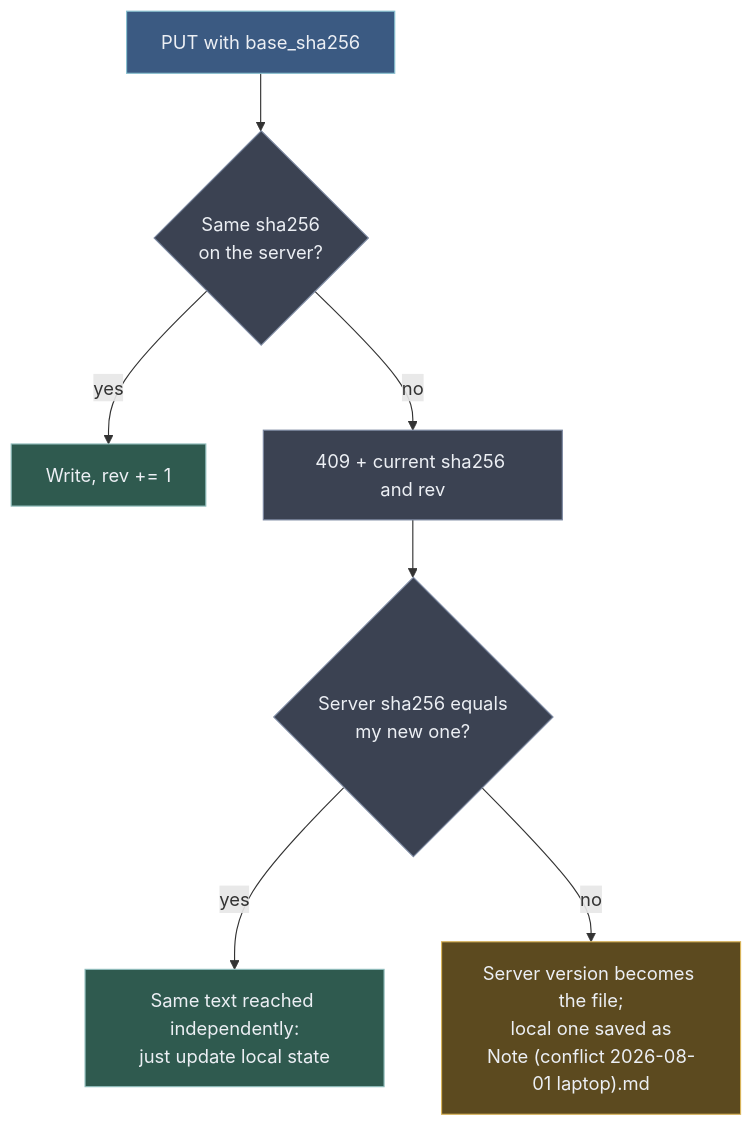
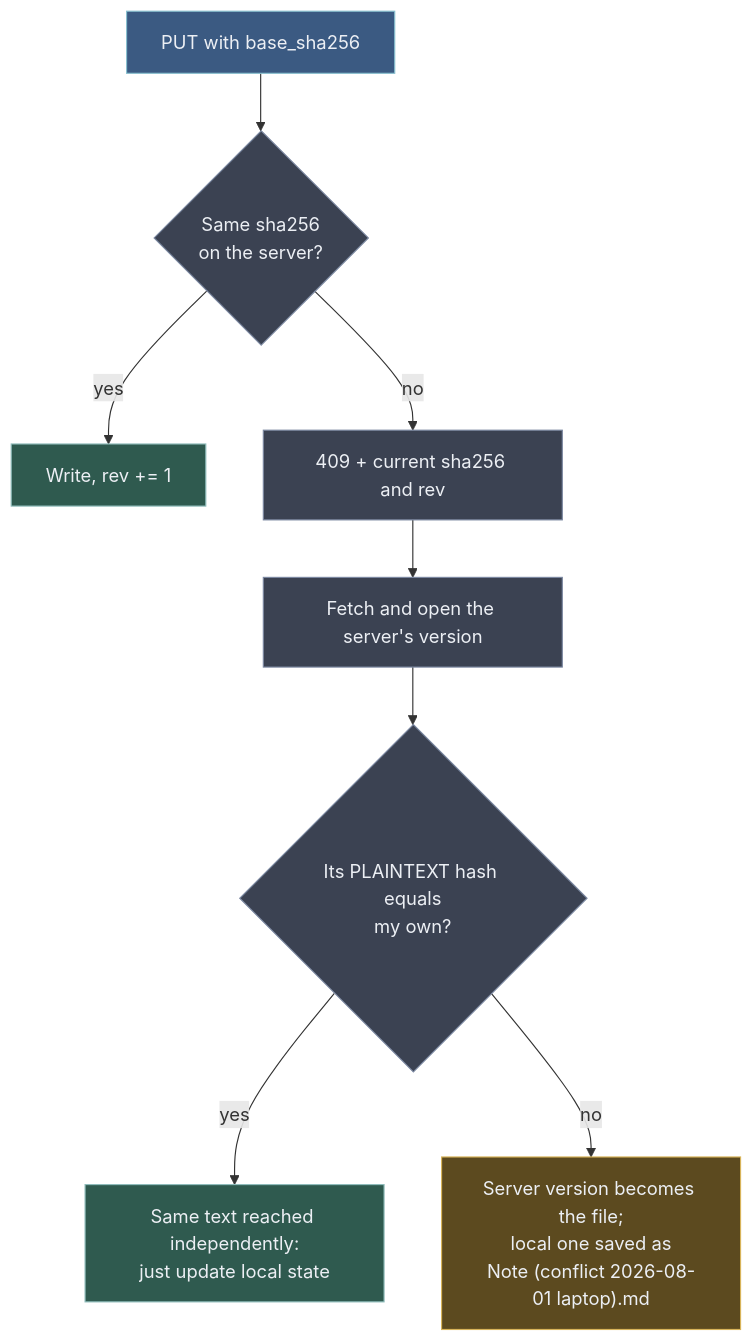
The diagram in docs/04-sync-protocol.md (OlegG90/obsidian-syncserver), drawn with Mermaid before and after one commit. The commit also changed other lines of this file and 4 other files, not shown here.

````diff
--- a/docs/04-sync-protocol.md
+++ b/docs/04-sync-protocol.md
@@ -457,17 +457,18 @@
 ```mermaid
 flowchart TD
     P["PUT with base_sha256"] --> Q{"Same sha256<br/>on the server?"}
     Q -->|yes| OK["Write, rev += 1"]
     Q -->|no| C409["409 + current sha256 and rev"]
-    C409 --> H{"Server sha256 equals<br/>my new one?"}
+    C409 --> F["Fetch and open the server's version"]
+    F --> H{"Its PLAINTEXT hash equals<br/>my own?"}
     H -->|yes| SAME["Same text reached independently:<br/>just update local state"]
     H -->|no| CONF["Server version becomes the file;<br/>local one saved as<br/>Note (conflict 2026-08-01 laptop).md"]
 
     classDef default fill:#3b4252,stroke:#7b88a1,color:#eceff4;
     classDef accent fill:#3b5a82,stroke:#88c0d0,color:#eceff4;
     classDef ok fill:#2f5a4f,stroke:#8fbcbb,color:#eceff4;
     classDef warn fill:#5c4a1f,stroke:#d8b45a,color:#eceff4;
     class P accent;
     class OK,SAME ok;
     class CONF warn;
 ```
````
